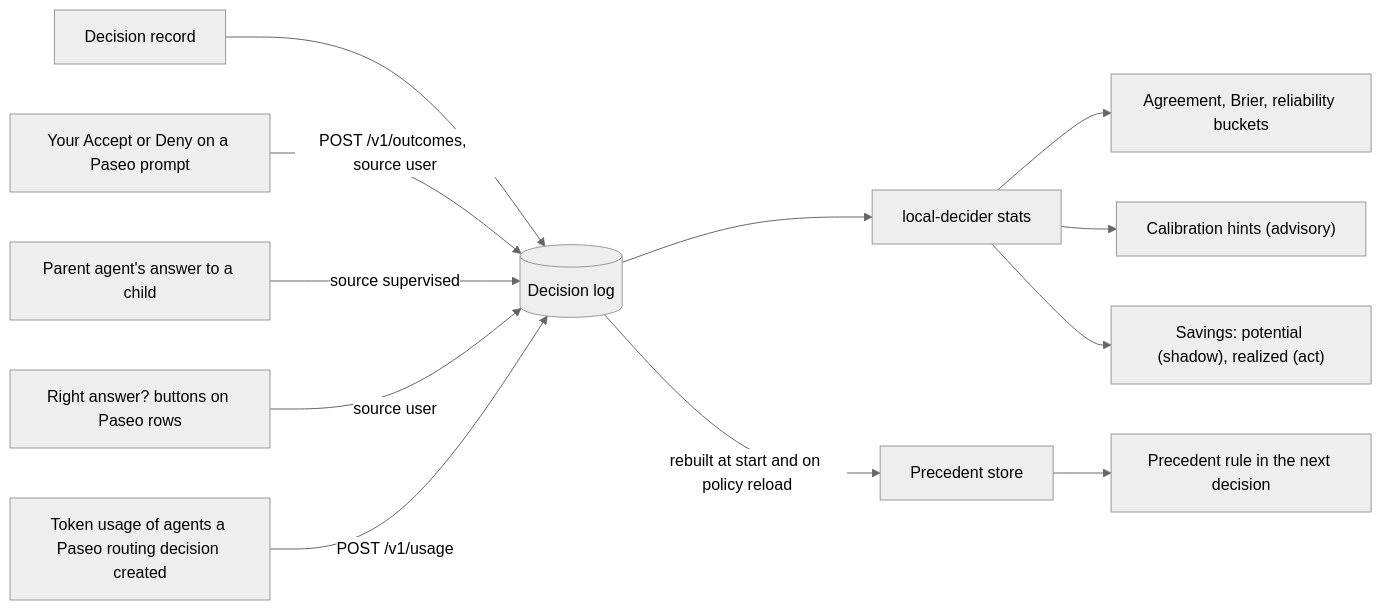
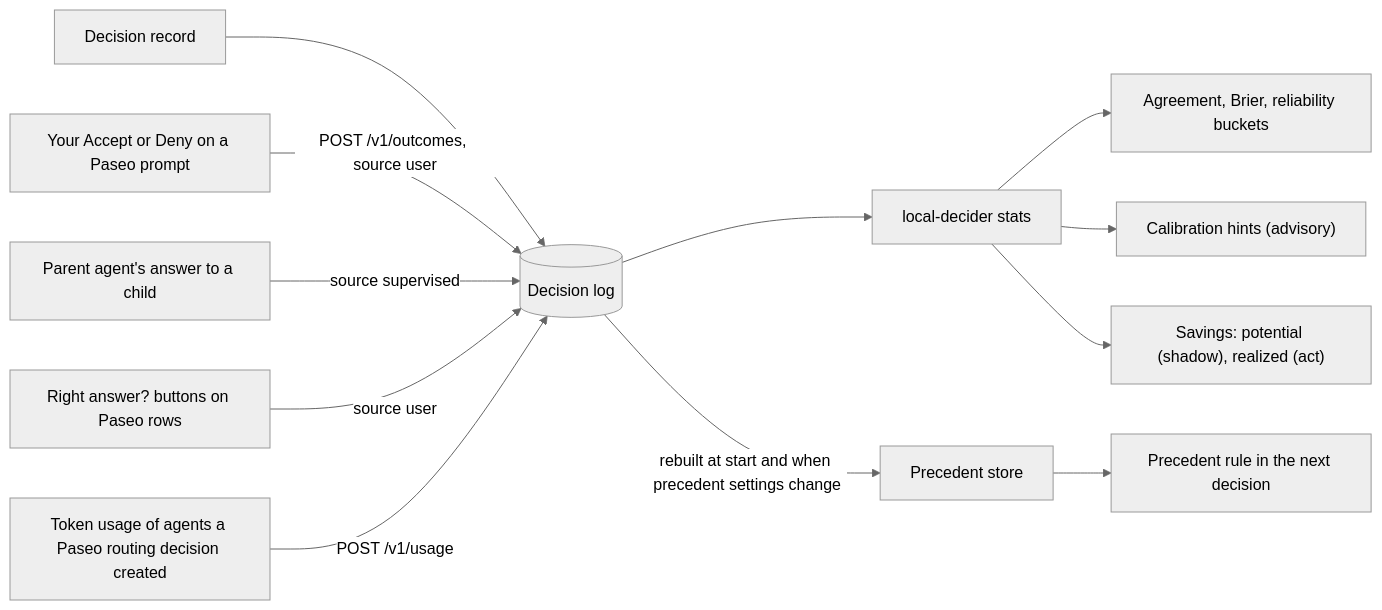
The fourth of 4 diagrams in docs/architecture.md (SkeLLLa/local-decider), drawn with Mermaid (neutral theme) before and after one commit. The commit also changed other lines of this file and 45 other files, not shown here.

````diff
--- a/docs/architecture.md
+++ b/docs/architecture.md
@@ -148,14 +148,14 @@
 ```mermaid
 flowchart LR
   D["Decision record"] --> LOG[("Decision log")]
   U["Your Accept or Deny on a Paseo prompt"] -->|"POST /v1/outcomes, source user"| LOG
   P["Parent agent's answer to a child"] -->|"source supervised"| LOG
   F["Right answer? buttons on Paseo rows"] -->|"source user"| LOG
   T["Token usage of agents a Paseo routing decision created"] -->|"POST /v1/usage"| LOG
   LOG --> S["local-decider stats"]
   S --> A["Agreement, Brier, reliability buckets"]
   S --> C["Calibration hints (advisory)"]
   S --> SV["Savings: potential (shadow), realized (act)"]
-  LOG -->|"rebuilt at start and on policy reload"| PR["Precedent store"]
+  LOG -->|"rebuilt at start and when precedent settings change"| PR["Precedent store"]
   PR --> R["Precedent rule in the next decision"]
 ```
````
